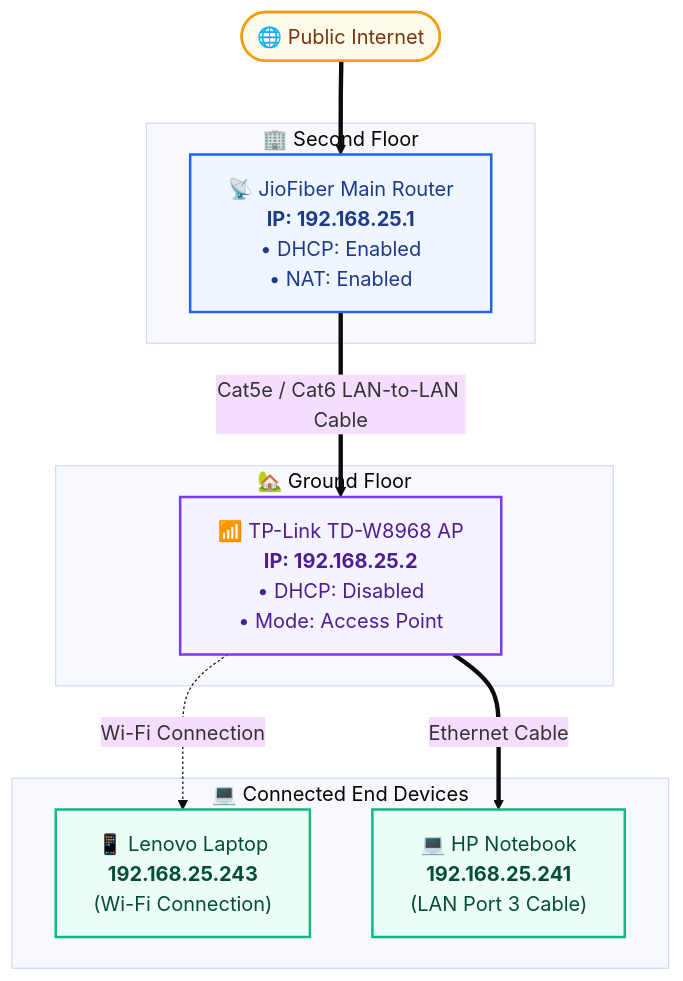
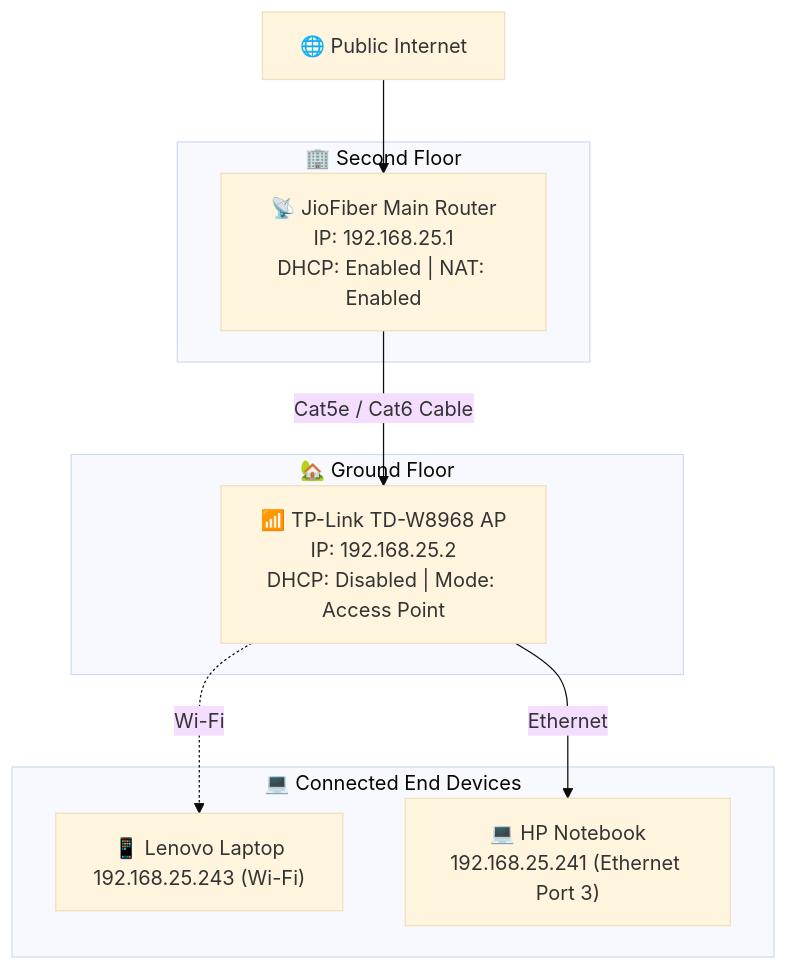
Before and after one commit to Kck1998/kckgig.blogs.github.io: the diagram in _posts/2026-08-09-tplink-td-w8968-jiofiber-access-point.md, drawn with Mermaid (base theme). The commit also changed 1 other file, not shown here.

Commit message:
feat: add blog layout with theme switching and Mermaid support, and include tutorial for configuring TP-Link TD-W8968 as an access point

````diff
--- a/_posts/2026-08-09-tplink-td-w8968-jiofiber-access-point.md
+++ b/_posts/2026-08-09-tplink-td-w8968-jiofiber-access-point.md
@@ -61,27 +61,22 @@
 ```mermaid
-graph TD
-    INET(["🌐 Public Internet"]):::cloud
+flowchart TD
+    INET["🌐 Public Internet"]
     
     subgraph Floor2 ["🏢 Second Floor"]
-        JIO["📡 JioFiber Main Router<br/><b>IP: 192.168.25.1</b><br/>• DHCP: Enabled<br/>• NAT: Enabled"]:::router
+        JIO["📡 JioFiber Main Router<br/>IP: 192.168.25.1<br/>DHCP: Enabled | NAT: Enabled"]
     end
 
     subgraph Floor1 ["🏡 Ground Floor"]
-        TPLINK["📶 TP-Link TD-W8968 AP<br/><b>IP: 192.168.25.2</b><br/>• DHCP: Disabled<br/>• Mode: Access Point"]:::ap
+        TPLINK["📶 TP-Link TD-W8968 AP<br/>IP: 192.168.25.2<br/>DHCP: Disabled | Mode: Access Point"]
     end
 
     subgraph Devices ["💻 Connected End Devices"]
-        LENOVO["📱 Lenovo Laptop<br/><b>192.168.25.243</b><br/>(Wi-Fi Connection)"]:::client
-        HP["💻 HP Notebook<br/><b>192.168.25.241</b><br/>(LAN Port 3 Cable)"]:::client
+        LENOVO["📱 Lenovo Laptop<br/>192.168.25.243 (Wi-Fi)"]
+        HP["💻 HP Notebook<br/>192.168.25.241 (Ethernet Port 3)"]
     end
 
-    INET ==> JIO
-    JIO ==>|Cat5e / Cat6 LAN-to-LAN Cable| TPLINK
-    TPLINK -.->|Wi-Fi Connection| LENOVO
-    TPLINK ==>|Ethernet Cable| HP
-
-    classDef router fill:#eff6ff,stroke:#2563eb,stroke-width:2px,color:#1e3a8a;
-    classDef ap fill:#f5f3ff,stroke:#7c3aed,stroke-width:2px,color:#4c1d95;
-    classDef client fill:#ecfdf5,stroke:#10b981,stroke-width:2px,color:#044e37;
-    classDef cloud fill:#fffbeb,stroke:#f59e0b,stroke-width:2px,color:#78350f;
+    INET --> JIO
+    JIO -->|Cat5e / Cat6 Cable| TPLINK
+    TPLINK -.->|Wi-Fi| LENOVO
+    TPLINK -->|Ethernet| HP
 ```
````
